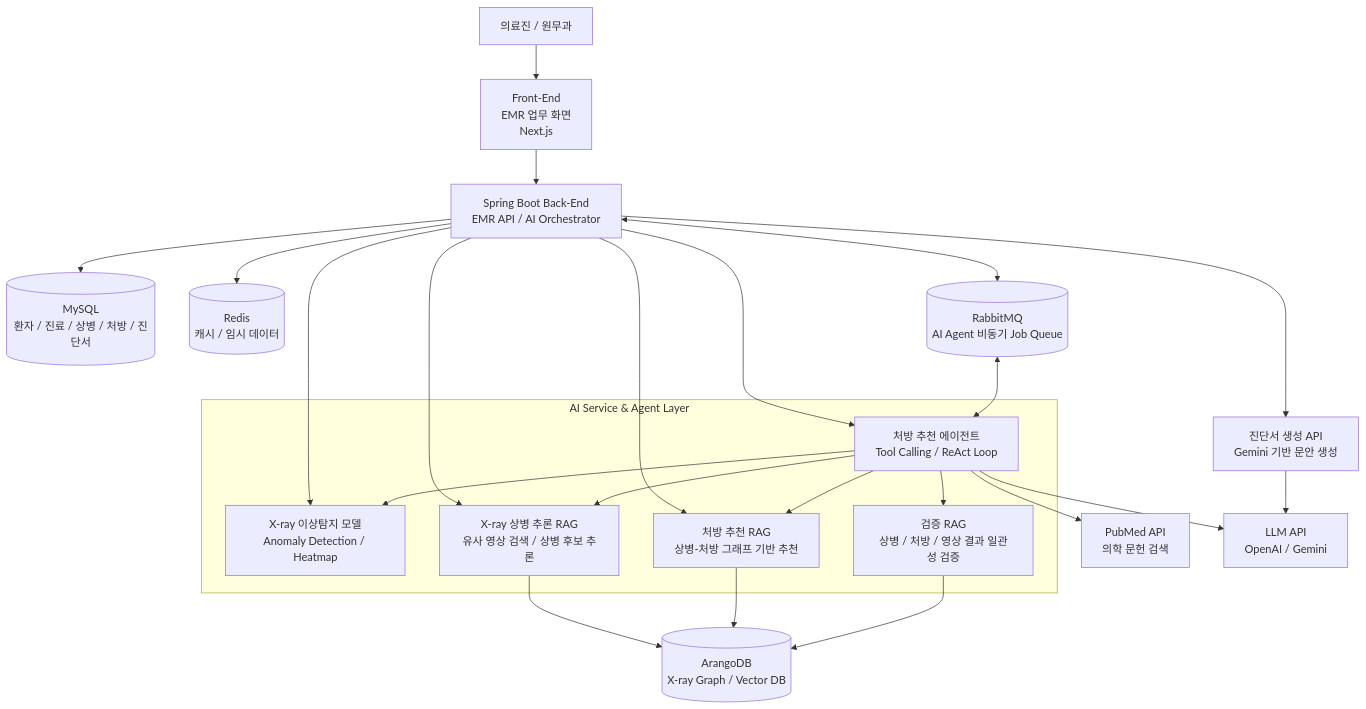
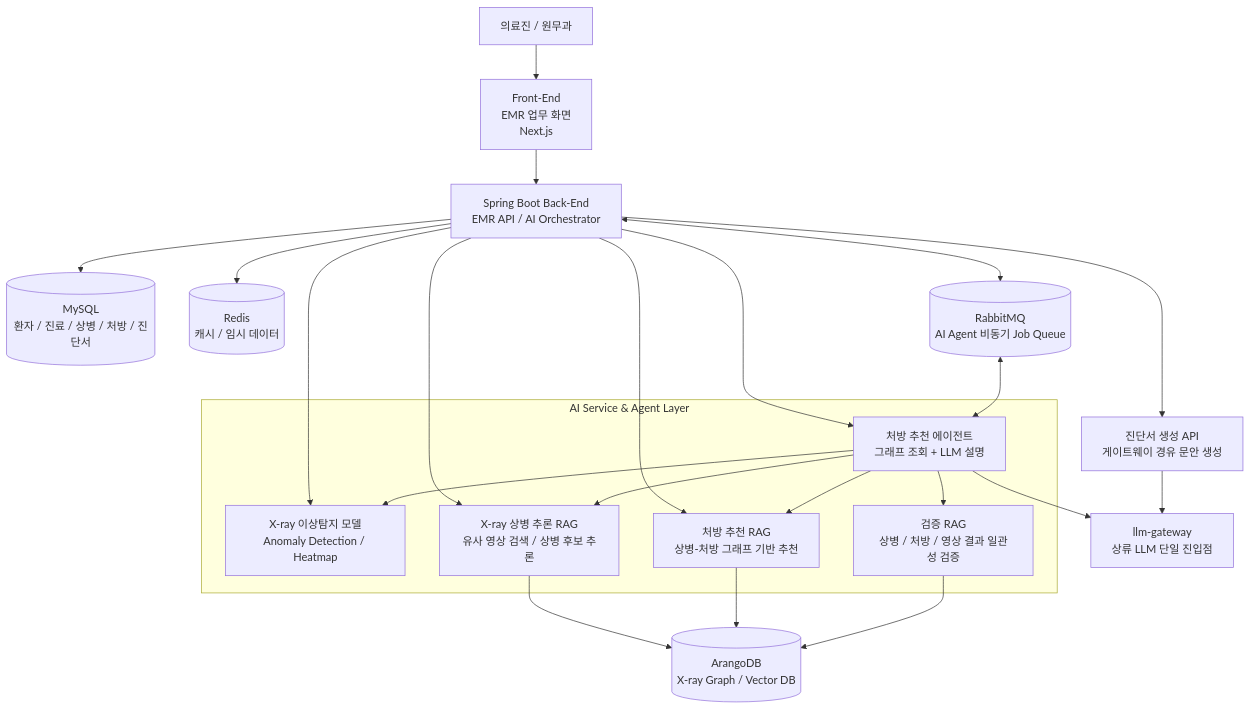
Before and after one commit to kjbddo/bitcomputer-emr: the diagram in Docs/프로젝트_개요_PPT_동훈.md, drawn with Mermaid. The commit also changed other lines of this file and 7 other files, not shown here.

````diff
--- a/Docs/프로젝트_개요_PPT_동훈.md
+++ b/Docs/프로젝트_개요_PPT_동훈.md
@@ -37,38 +37,37 @@
 ```mermaid
 flowchart TB
   User[의료진 / 원무과] --> FE[Front-End<br/>EMR 업무 화면<br/>Next.js]
 
   FE --> BE[Spring Boot Back-End<br/>EMR API / AI Orchestrator]
 
   BE --> MYSQL[(MySQL<br/>환자 / 진료 / 상병 / 처방 / 진단서)]
   BE --> REDIS[(Redis<br/>캐시 / 임시 데이터)]
   BE <--> MQ[(RabbitMQ<br/>AI Agent 비동기 Job Queue)]
 
   subgraph AI["AI Service & Agent Layer"]
     XRAY[X-ray 이상탐지 모델<br/>Anomaly Detection / Heatmap]
     XRAGRAG[X-ray 상병 추론 RAG<br/>유사 영상 검색 / 상병 후보 추론]
     RXRAG[처방 추천 RAG<br/>상병-처방 그래프 기반 추천]
     VALRAG[검증 RAG<br/>상병 / 처방 / 영상 결과 일관성 검증]
-    AGENT[처방 추천 에이전트<br/>Tool Calling / ReAct Loop]
+    AGENT[처방 추천 에이전트<br/>그래프 조회 + LLM 설명]
   end
 
   BE --> XRAY
   BE --> XRAGRAG
   BE --> RXRAG
   BE --> AGENT
 
   MQ <--> AGENT
   AGENT --> XRAY
   AGENT --> XRAGRAG
   AGENT --> RXRAG
   AGENT --> VALRAG
-  AGENT --> PUBMED[PubMed API<br/>의학 문헌 검색]
-  AGENT --> LLM[LLM API<br/>OpenAI / Gemini]
+  AGENT --> LLM[llm-gateway<br/>상류 LLM 단일 진입점]
 
   XRAGRAG --> ARANGO[(ArangoDB<br/>X-ray Graph / Vector DB)]
   RXRAG --> ARANGO
   VALRAG --> ARANGO
 
-  BE --> CERT[진단서 생성 API<br/>Gemini 기반 문안 생성]
+  BE --> CERT[진단서 생성 API<br/>게이트웨이 경유 문안 생성]
   CERT --> LLM
 ```
````
